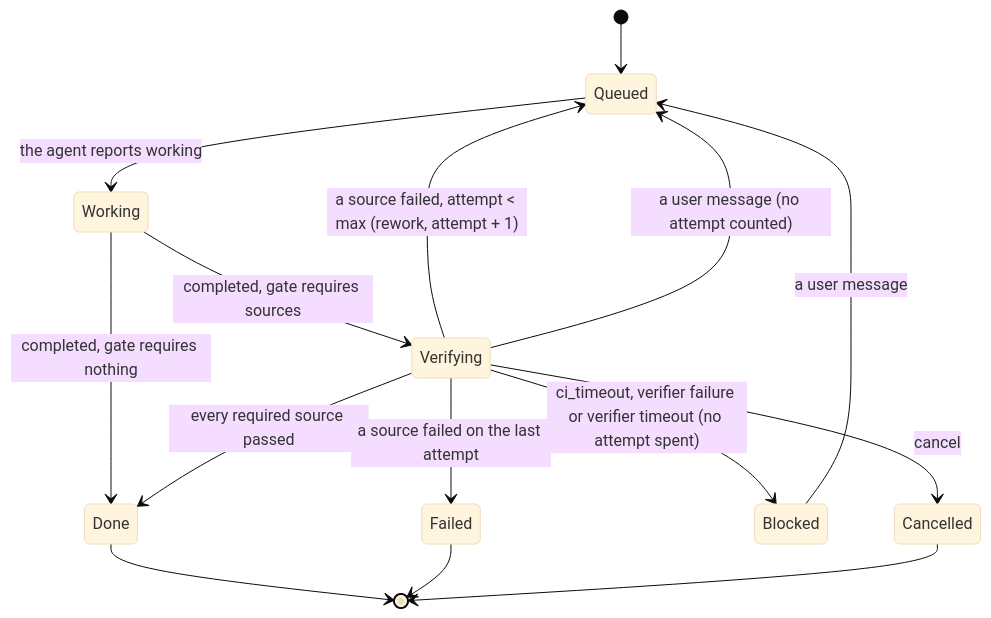
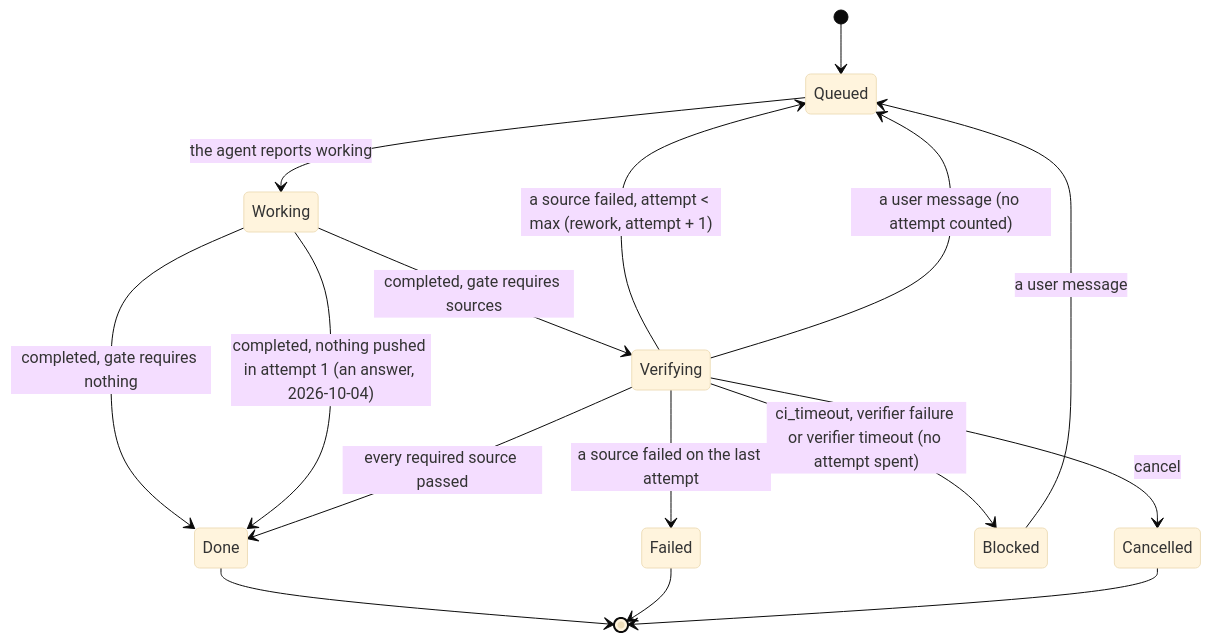
Before and after one commit to vymalo/another-agentic-system: the second of 2 diagrams in docs/decisions/0018-verification-gate-and-rework-loop.md, drawn with Mermaid (base theme). The commit also changed other lines of this file and 29 other files, not shown here.

````diff
--- a/docs/decisions/0018-verification-gate-and-rework-loop.md
+++ b/docs/decisions/0018-verification-gate-and-rework-loop.md
@@ -158,17 +164,18 @@
 ```mermaid
 stateDiagram-v2
   [*] --> Queued
   Queued --> Working: the agent reports working
   Working --> Done: completed, gate requires nothing
+  Working --> Done: completed, nothing pushed in attempt 1 (an answer, 2026-10-04)
   Working --> Verifying: completed, gate requires sources
   Verifying --> Done: every required source passed
   Verifying --> Queued: a source failed, attempt < max (rework, attempt + 1)
   Verifying --> Failed: a source failed on the last attempt
   Verifying --> Blocked: ci_timeout, verifier failure or verifier timeout (no attempt spent)
   Verifying --> Queued: a user message (no attempt counted)
   Verifying --> Cancelled: cancel
   Blocked --> Queued: a user message
   Done --> [*]
   Failed --> [*]
   Cancelled --> [*]
 ```
````
